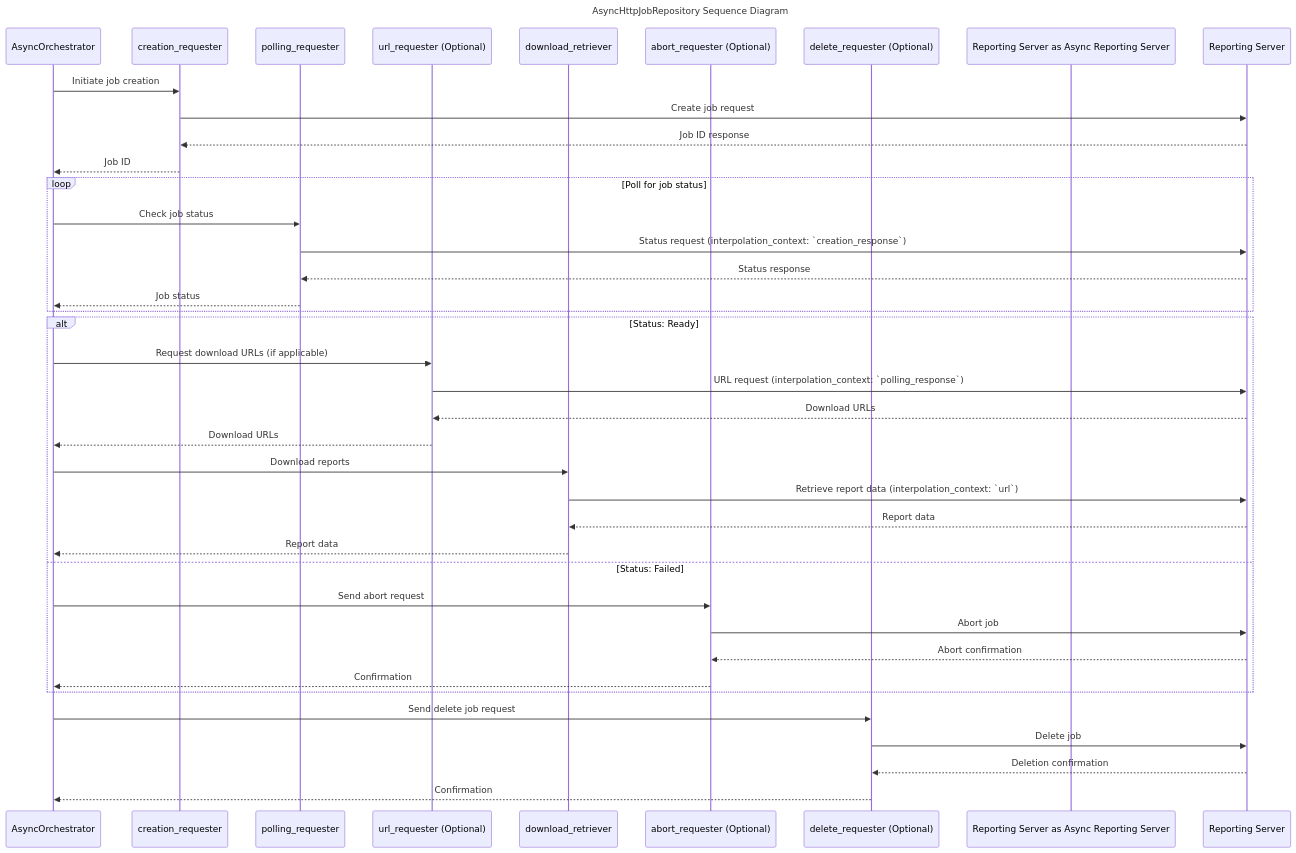
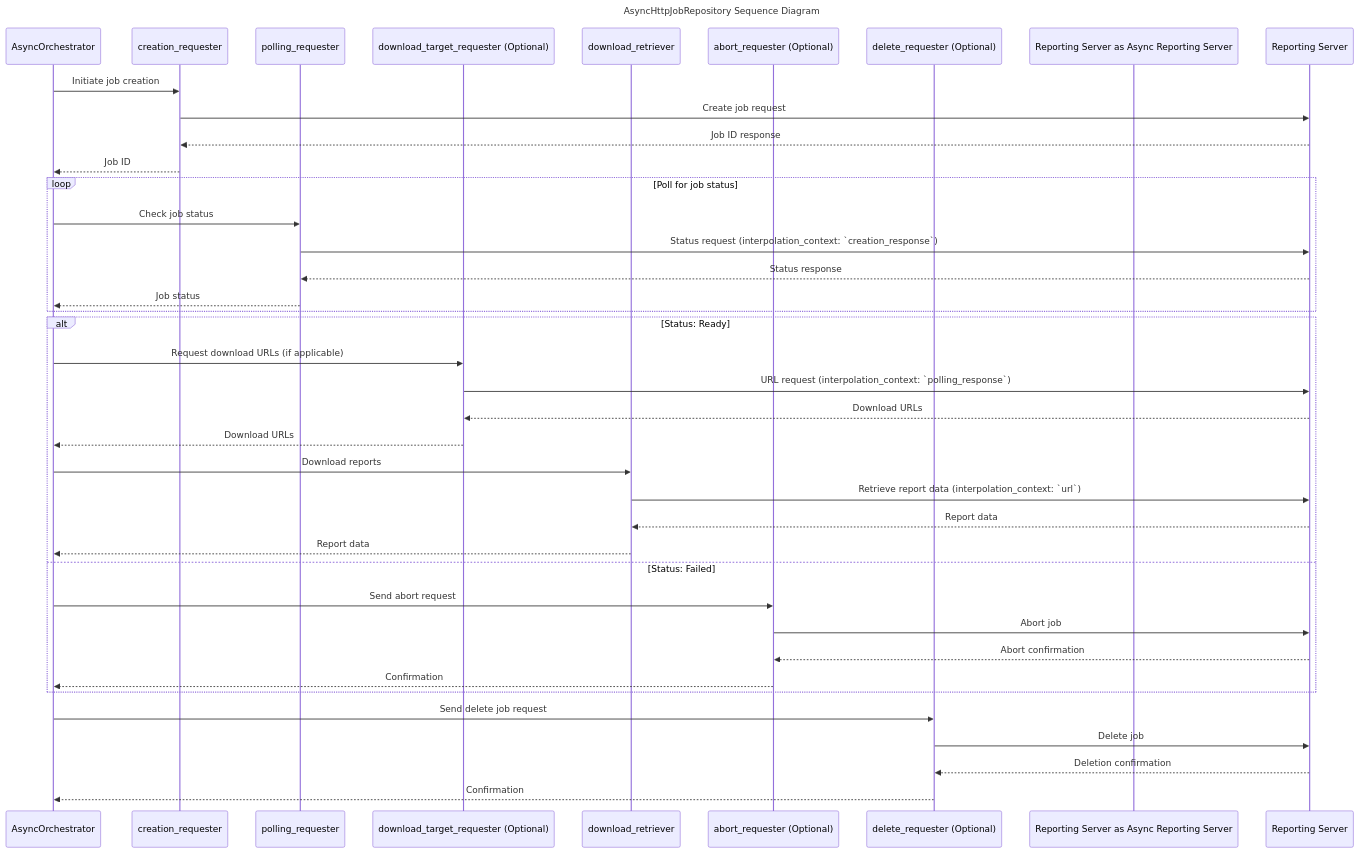
Before and after one commit to airbytehq/airbyte-python-cdk: the diagram in airbyte_cdk/sources/declarative/requesters/README.md, drawn with Mermaid. The commit also changed other lines of this file and 4 other files, not shown here.

Commit message:
renamed url_requester > download_target_requester

````diff
--- a/airbyte_cdk/sources/declarative/requesters/README.md
+++ b/airbyte_cdk/sources/declarative/requesters/README.md
@@ -7,50 +7,50 @@
 ```mermaid
 ---
 title: AsyncHttpJobRepository Sequence Diagram
 ---
 sequenceDiagram
     participant AsyncHttpJobRepository as AsyncOrchestrator
     participant CreationRequester as creation_requester
     participant PollingRequester as polling_requester
-    participant UrlRequester as url_requester (Optional)
+    participant UrlRequester as download_target_requester (Optional)
     participant DownloadRetriever as download_retriever
     participant AbortRequester as abort_requester (Optional)
     participant DeleteRequester as delete_requester (Optional)
     participant Reporting Server as Async Reporting Server
 
     AsyncHttpJobRepository ->> CreationRequester: Initiate job creation
     CreationRequester ->> Reporting Server: Create job request
     Reporting Server -->> CreationRequester: Job ID response
     CreationRequester -->> AsyncHttpJobRepository: Job ID
 
     loop Poll for job status
         AsyncHttpJobRepository ->> PollingRequester: Check job status
         PollingRequester ->> Reporting Server: Status request (interpolation_context: `creation_response`)
         Reporting Server -->> PollingRequester: Status response
         PollingRequester -->> AsyncHttpJobRepository: Job status
     end
 
     alt Status: Ready
         AsyncHttpJobRepository ->> UrlRequester: Request download URLs (if applicable)
         UrlRequester ->> Reporting Server: URL request (interpolation_context: `polling_response`)
         Reporting Server -->> UrlRequester: Download URLs
         UrlRequester -->> AsyncHttpJobRepository: Download URLs
 
         AsyncHttpJobRepository ->> DownloadRetriever: Download reports
         DownloadRetriever ->> Reporting Server: Retrieve report data (interpolation_context: `url`)
         Reporting Server -->> DownloadRetriever: Report data
         DownloadRetriever -->> AsyncHttpJobRepository: Report data
     else Status: Failed
         AsyncHttpJobRepository ->> AbortRequester: Send abort request
         AbortRequester ->> Reporting Server: Abort job
         Reporting Server -->> AbortRequester: Abort confirmation
         AbortRequester -->> AsyncHttpJobRepository: Confirmation
     end
 
     AsyncHttpJobRepository ->> DeleteRequester: Send delete job request
     DeleteRequester ->> Reporting Server: Delete job
     Reporting Server -->> DeleteRequester: Deletion confirmation
     DeleteRequester -->> AsyncHttpJobRepository: Confirmation
 
 
 ```
````
